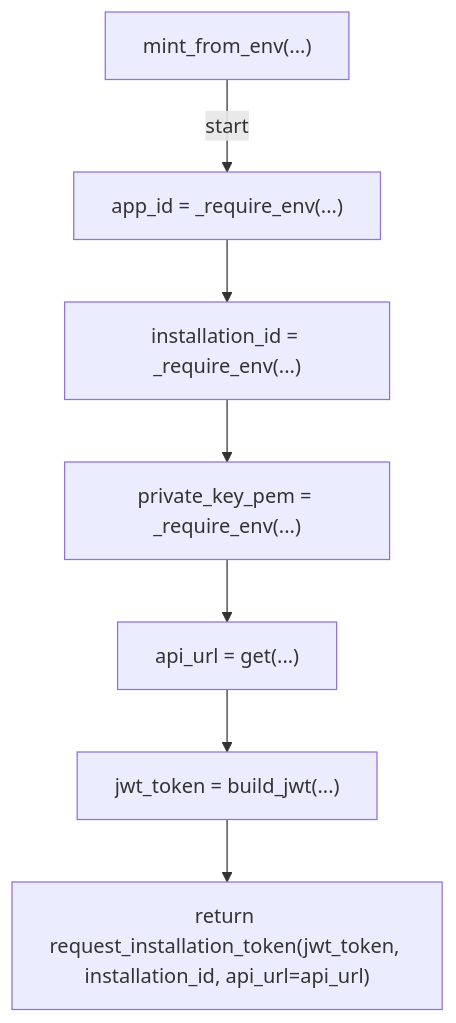
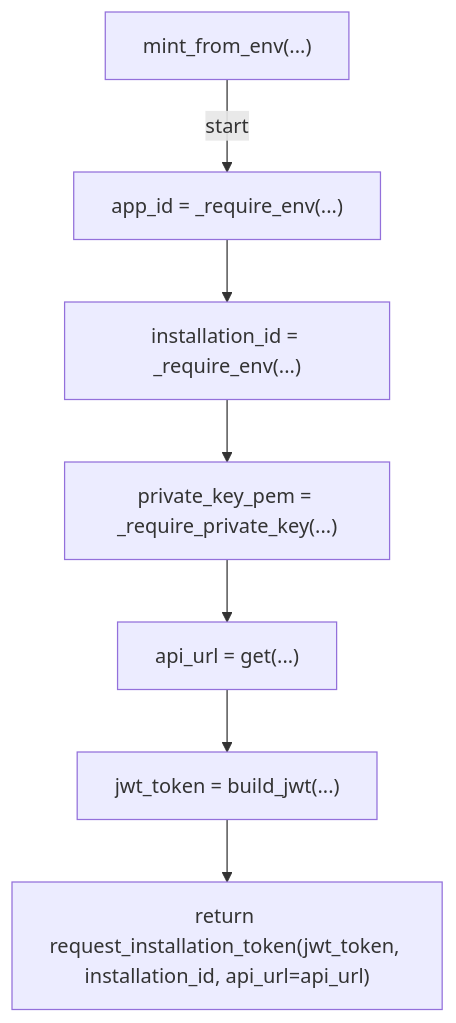
The seventh of 8 diagrams in docs/generated/scripts/ast/mint_github_app_token.md (tvna/claude-md), drawn with Mermaid before and after one commit. The commit also changed other lines of this file, not shown here.

First line of the commit message:
docs(generated): regenerate decision tree and workflow diagrams

````diff
--- a/docs/generated/scripts/ast/mint_github_app_token.md
+++ b/docs/generated/scripts/ast/mint_github_app_token.md
@@ -126,16 +159,16 @@
 ```mermaid
 flowchart TD
     N001["mint_from_env(...)"]
     N002["app_id = _require_env(...)"]
     N003["installation_id = _require_env(...)"]
-    N004["private_key_pem = _require_env(...)"]
+    N004["private_key_pem = _require_private_key(...)"]
     N005["api_url = get(...)"]
     N006["jwt_token = build_jwt(...)"]
     N007["return request_installation_token(jwt_token, installation_id, api_url=api_url)"]
     N001 -->|"start"| N002
     N002 --> N003
     N003 --> N004
     N004 --> N005
     N005 --> N006
     N006 --> N007
 ```
````
